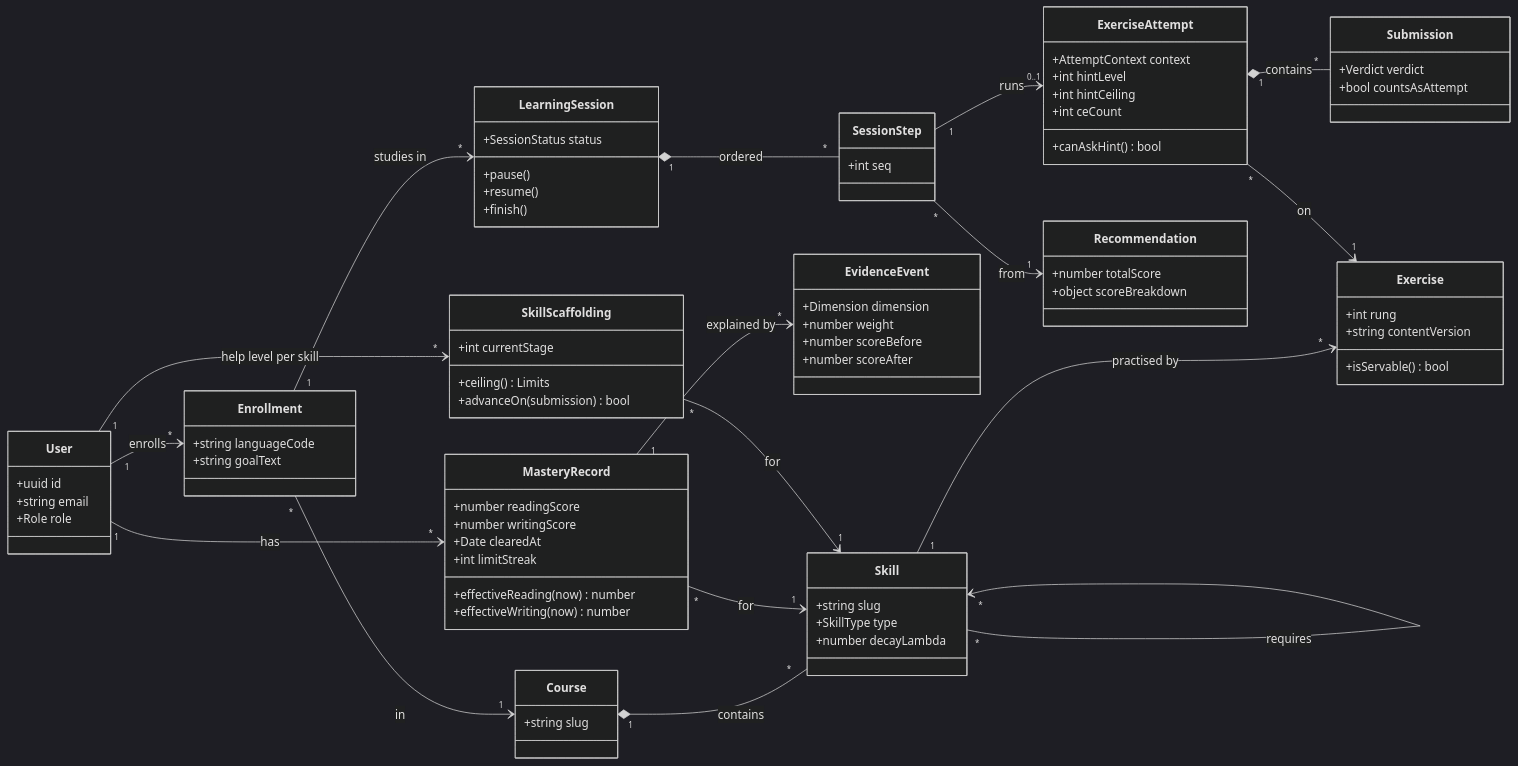
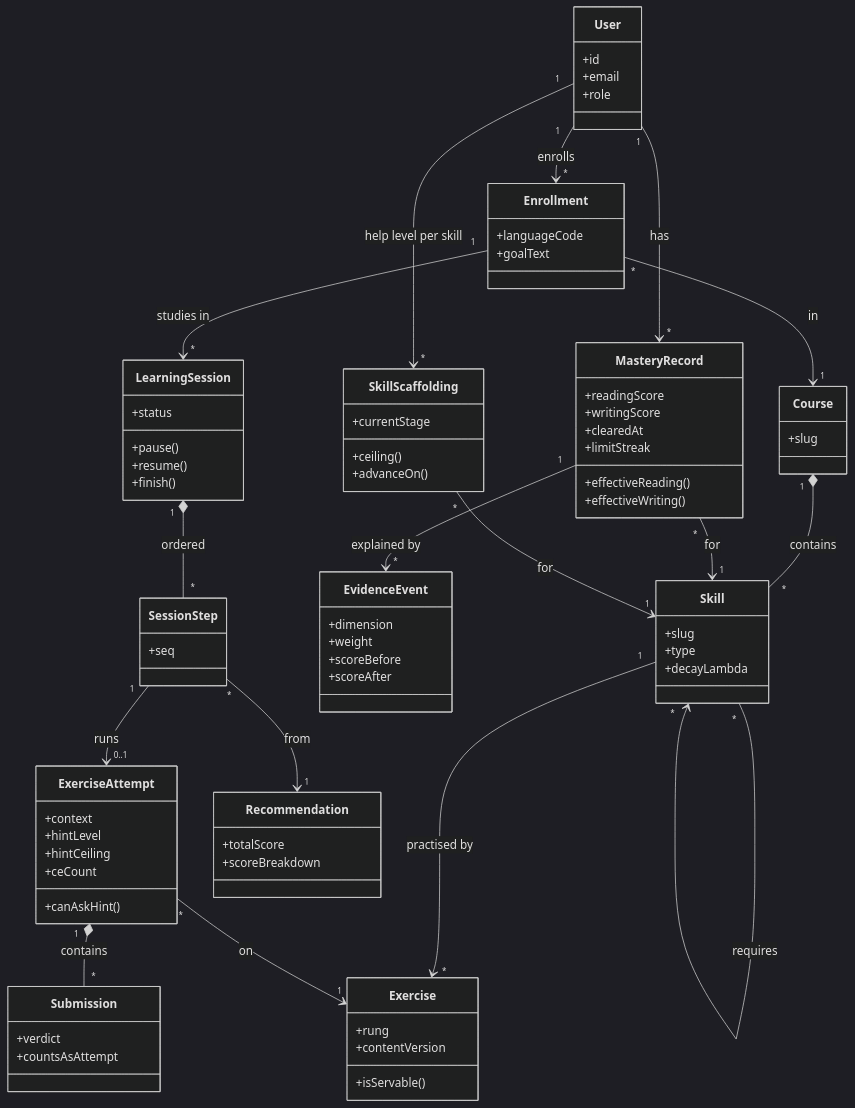
Diagram 11 of 23 in DOCS/phase-3/MP3-Draft-Report.md (Nidanos/ai-tutor-platform), drawn with Mermaid (dark theme) before and after one commit. The commit also changed other lines of this file and 1 other file, not shown here.

Commit message:
docs: make every Phase 3 report diagram readable in print

````diff
--- a/DOCS/phase-3/MP3-Draft-Report.md
+++ b/DOCS/phase-3/MP3-Draft-Report.md
@@ -642,70 +698,70 @@
 ```mermaid
 classDiagram
-  direction LR
+  direction TB
   class User {
-    +uuid id
-    +string email
-    +Role role
+    +id
+    +email
+    +role
   }
   class Enrollment {
-    +string languageCode
-    +string goalText
+    +languageCode
+    +goalText
   }
   class Course {
-    +string slug
+    +slug
   }
   class Skill {
-    +string slug
-    +SkillType type
-    +number decayLambda
+    +slug
+    +type
+    +decayLambda
   }
   class MasteryRecord {
-    +number readingScore
-    +number writingScore
-    +Date clearedAt
-    +int limitStreak
-    +effectiveReading(now) number
-    +effectiveWriting(now) number
+    +readingScore
+    +writingScore
+    +clearedAt
+    +limitStreak
+    +effectiveReading()
+    +effectiveWriting()
   }
   class EvidenceEvent {
-    +Dimension dimension
-    +number weight
-    +number scoreBefore
-    +number scoreAfter
+    +dimension
+    +weight
+    +scoreBefore
+    +scoreAfter
   }
   class Exercise {
-    +int rung
-    +string contentVersion
-    +isServable() bool
+    +rung
+    +contentVersion
+    +isServable()
   }
   class ExerciseAttempt {
-    +AttemptContext context
-    +int hintLevel
-    +int hintCeiling
-    +int ceCount
-    +canAskHint() bool
+    +context
+    +hintLevel
+    +hintCeiling
+    +ceCount
+    +canAskHint()
   }
   class Submission {
-    +Verdict verdict
-    +bool countsAsAttempt
+    +verdict
+    +countsAsAttempt
   }
   class LearningSession {
-    +SessionStatus status
+    +status
     +pause()
     +resume()
     +finish()
   }
   class SessionStep {
-    +int seq
+    +seq
   }
   class Recommendation {
-    +number totalScore
-    +object scoreBreakdown
+    +totalScore
+    +scoreBreakdown
   }
   class SkillScaffolding {
-    +int currentStage
-    +ceiling() Limits
-    +advanceOn(submission) bool
+    +currentStage
+    +ceiling()
+    +advanceOn()
   }
   User "1" --> "*" Enrollment : enrolls
   Enrollment "*" --> "1" Course : in
````
